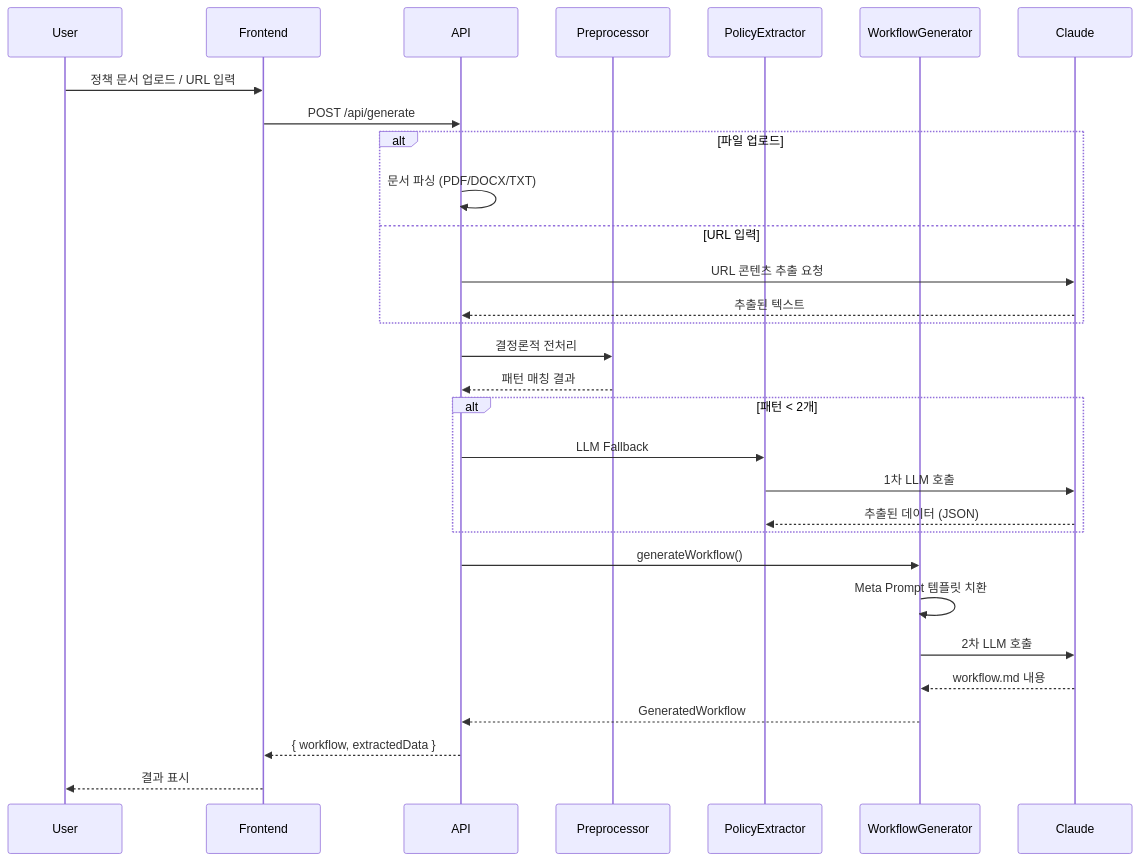
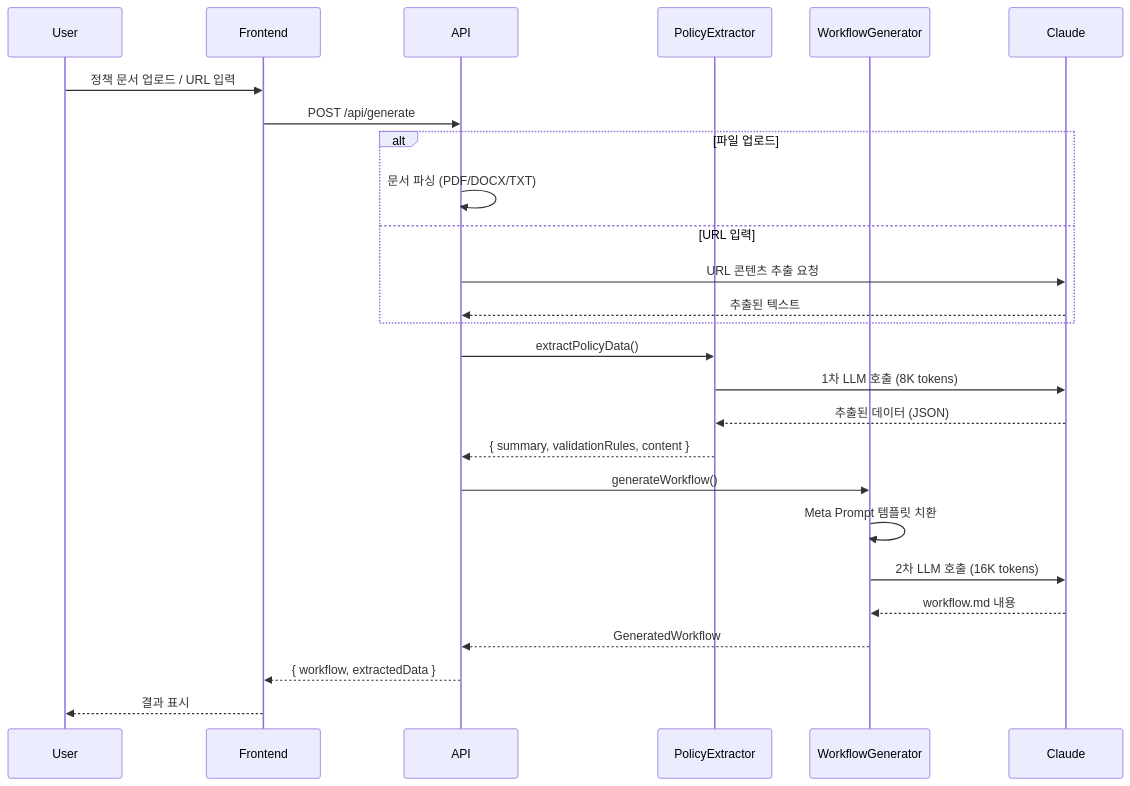
One commit to argos-identity/omni-prompting-app changed the diagram in README.md. Above: the diagram before and after it, drawn with Mermaid. The commit also changed other lines of this file and 2 other files, not shown here.

````diff
--- a/README.md
+++ b/README.md
@@ -191,37 +191,32 @@
 ```mermaid
 sequenceDiagram
     participant User
     participant Frontend
     participant API
-    participant Preprocessor
     participant PolicyExtractor
     participant WorkflowGenerator
     participant Claude
 
     User->>Frontend: 정책 문서 업로드 / URL 입력
     Frontend->>API: POST /api/generate
 
     alt 파일 업로드
         API->>API: 문서 파싱 (PDF/DOCX/TXT)
     else URL 입력
         API->>Claude: URL 콘텐츠 추출 요청
         Claude-->>API: 추출된 텍스트
     end
 
-    API->>Preprocessor: 결정론적 전처리
-    Preprocessor-->>API: 패턴 매칭 결과
-
-    alt 패턴 < 2개
-        API->>PolicyExtractor: LLM Fallback
-        PolicyExtractor->>Claude: 1차 LLM 호출
-        Claude-->>PolicyExtractor: 추출된 데이터 (JSON)
-    end
+    API->>PolicyExtractor: extractPolicyData()
+    PolicyExtractor->>Claude: 1차 LLM 호출 (8K tokens)
+    Claude-->>PolicyExtractor: 추출된 데이터 (JSON)
+    PolicyExtractor-->>API: { summary, validationRules, content }
 
     API->>WorkflowGenerator: generateWorkflow()
     WorkflowGenerator->>WorkflowGenerator: Meta Prompt 템플릿 치환
-    WorkflowGenerator->>Claude: 2차 LLM 호출
+    WorkflowGenerator->>Claude: 2차 LLM 호출 (16K tokens)
     Claude-->>WorkflowGenerator: workflow.md 내용
     WorkflowGenerator-->>API: GeneratedWorkflow
     API-->>Frontend: { workflow, extractedData }
     Frontend-->>User: 결과 표시
 ```
````
